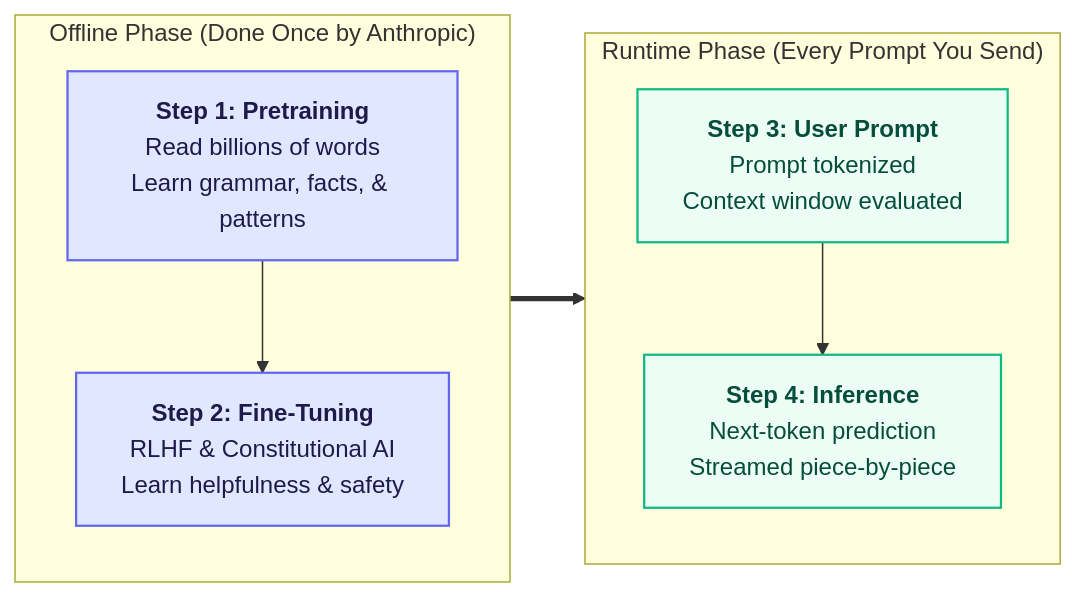
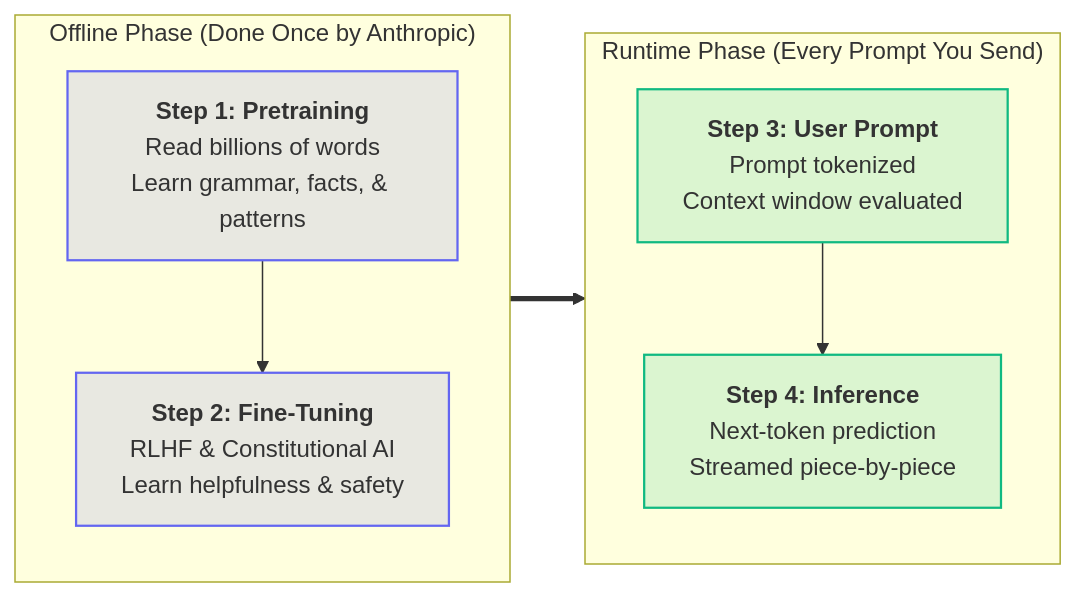
Before and after one commit to Sharath-B-7/AI-Learning: the diagram in docs/foundations/part-a/module-03-how-llms-work.md, drawn with Mermaid. The commit also changed 10 other files, not shown here.

````diff
--- a/docs/foundations/part-a/module-03-how-llms-work.md
+++ b/docs/foundations/part-a/module-03-how-llms-work.md
@@ -34,23 +34,23 @@
 ```mermaid
 flowchart LR
     subgraph Offline["Offline Phase (Done Once by Anthropic)"]
         direction TB
         S1["<b>Step 1: Pretraining</b><br/>Read billions of words<br/>Learn grammar, facts, & patterns"]
         S2["<b>Step 2: Fine-Tuning</b><br/>RLHF & Constitutional AI<br/>Learn helpfulness & safety"]
         S1 --> S2
     end
 
     subgraph Runtime["Runtime Phase (Every Prompt You Send)"]
         direction TB
         S3["<b>Step 3: User Prompt</b><br/>Prompt tokenized<br/>Context window evaluated"]
         S4["<b>Step 4: Inference</b><br/>Next-token prediction<br/>Streamed piece-by-piece"]
         S3 --> S4
     end
 
     Offline ==> Runtime
 
-    classDef off fill:#e0e7ff,stroke:#6366f1,stroke-width:1.5px,color:#1e1b4b;
-    classDef run fill:#ecfdf5,stroke:#10b981,stroke-width:1.5px,color:#064e3b;
+    classDef off fill:#6366f126,stroke:#6366f1,stroke-width:1.5px;
+    classDef run fill:#10b98126,stroke:#10b981,stroke-width:1.5px;
     class S1,S2 off;
     class S3,S4 run;
 ```
````
